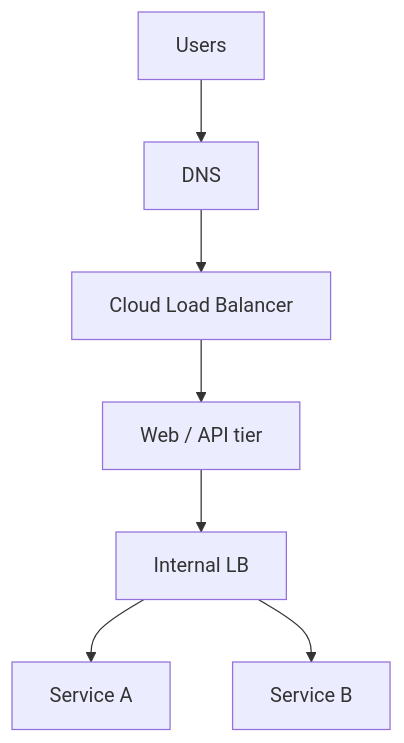
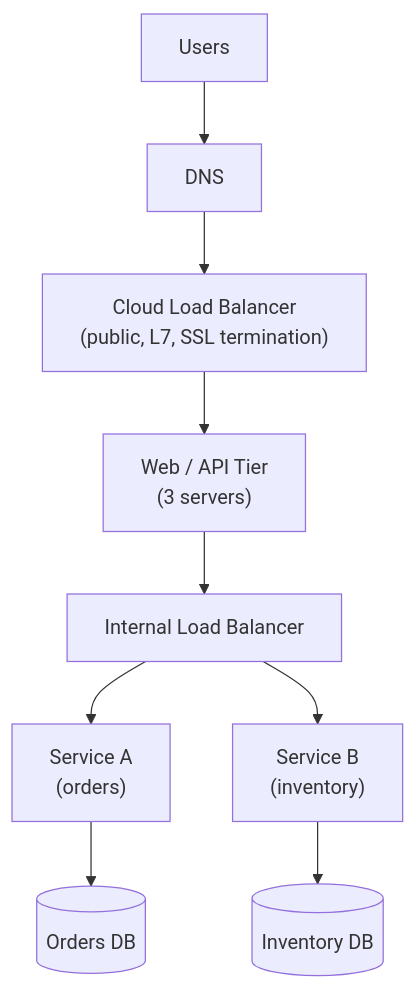
The tenth of 15 diagrams in fundamentals/05-load-balancing.md (saroj990/system-design), drawn with Mermaid before and after one commit. The commit also changed other lines of this file and 14 other files, not shown here.

````diff
--- a/fundamentals/05-load-balancing.md
+++ b/fundamentals/05-load-balancing.md
@@ -78,9 +363,11 @@
 ```mermaid
 flowchart TB
   U[Users] --> DNS
-  DNS --> CLB[Cloud Load Balancer]
-  CLB --> Web[Web / API tier]
-  Web --> ILB[Internal LB]
-  ILB --> SvcA[Service A]
-  ILB --> SvcB[Service B]
+  DNS --> CLB["Cloud Load Balancer\n(public, L7, SSL termination)"]
+  CLB --> Web["Web / API Tier\n(3 servers)"]
+  Web --> ILB["Internal Load Balancer"]
+  ILB --> SvcA["Service A\n(orders)"]
+  ILB --> SvcB["Service B\n(inventory)"]
+  SvcA --> DB_A[(Orders DB)]
+  SvcB --> DB_B[(Inventory DB)]
 ```
````
